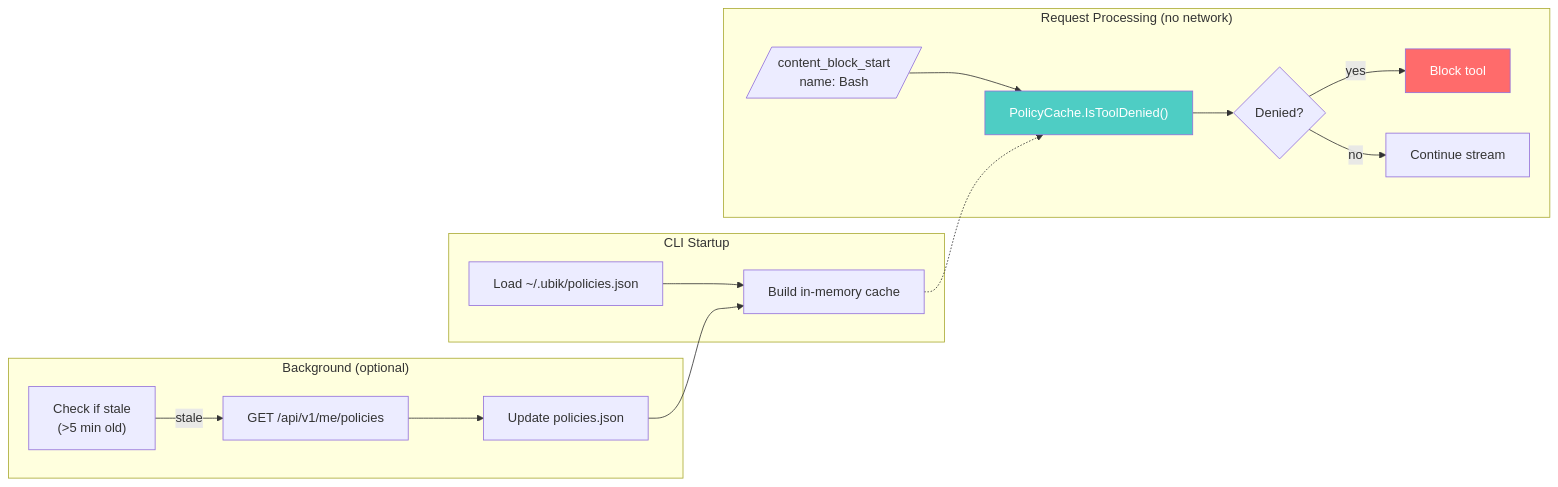
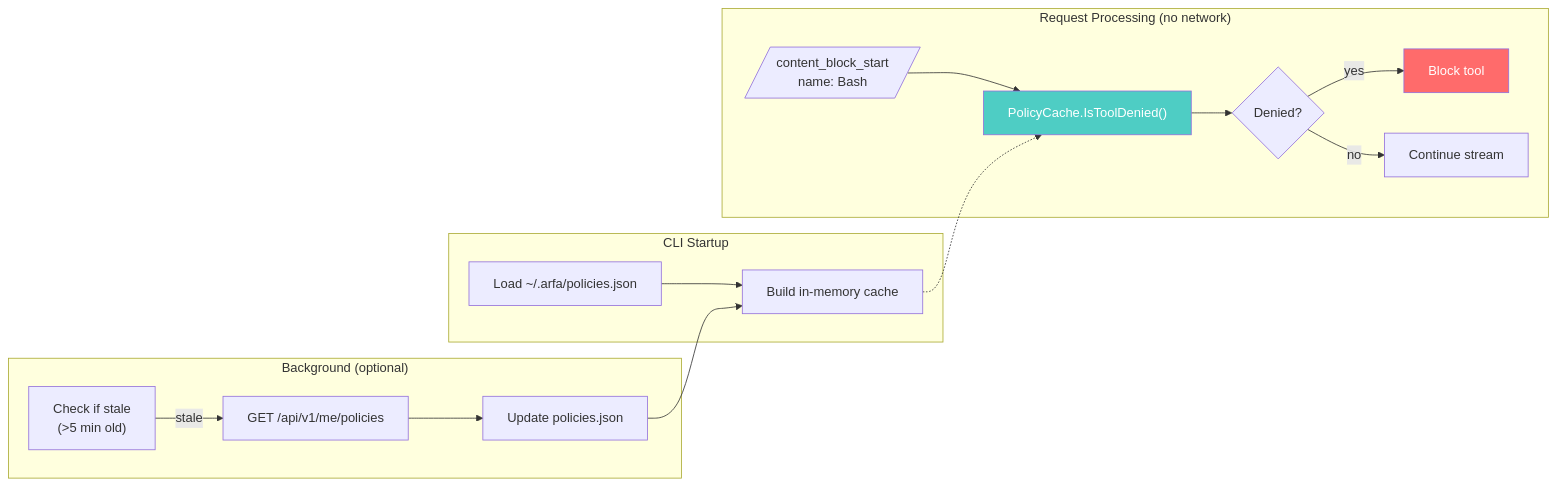
The third of 4 diagrams in docs/features/tool-blocking.md (rastrigin-systems/arfa), drawn with Mermaid before and after one commit. The commit also changed other lines of this file and 194 other files, not shown here.

First line of the commit message:
refactor: Rename ubik to arfa throughout codebase (#393)

````diff
--- a/docs/features/tool-blocking.md
+++ b/docs/features/tool-blocking.md
@@ -780,32 +780,32 @@
 ```mermaid
 flowchart LR
     subgraph Startup["CLI Startup"]
-        LOAD["Load ~/.ubik/policies.json"]
+        LOAD["Load ~/.arfa/policies.json"]
         MEM["Build in-memory cache"]
         LOAD --> MEM
     end
 
     subgraph Background["Background (optional)"]
         CHECK["Check if stale<br/>(>5 min old)"]
         REFRESH["GET /api/v1/me/policies"]
         SAVE["Update policies.json"]
         CHECK -->|"stale"| REFRESH
         REFRESH --> SAVE
         SAVE --> MEM
     end
 
     subgraph Runtime["Request Processing (no network)"]
         EVENT[/"content_block_start<br/>name: Bash"/]
         LOOKUP["PolicyCache.IsToolDenied()"]
         RESULT{"Denied?"}
         EVENT --> LOOKUP
         LOOKUP --> RESULT
         RESULT -->|"yes"| BLOCK["Block tool"]
         RESULT -->|"no"| ALLOW["Continue stream"]
     end
 
     MEM -.-> LOOKUP
 
     style LOOKUP fill:#4ecdc4,color:#fff
     style BLOCK fill:#ff6b6b,color:#fff
 ```
````
